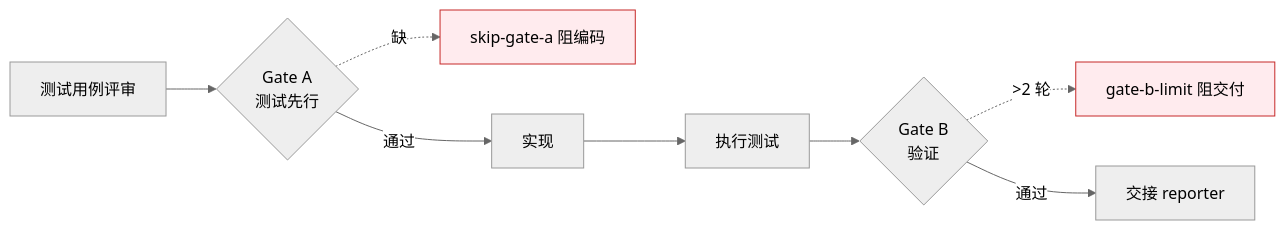
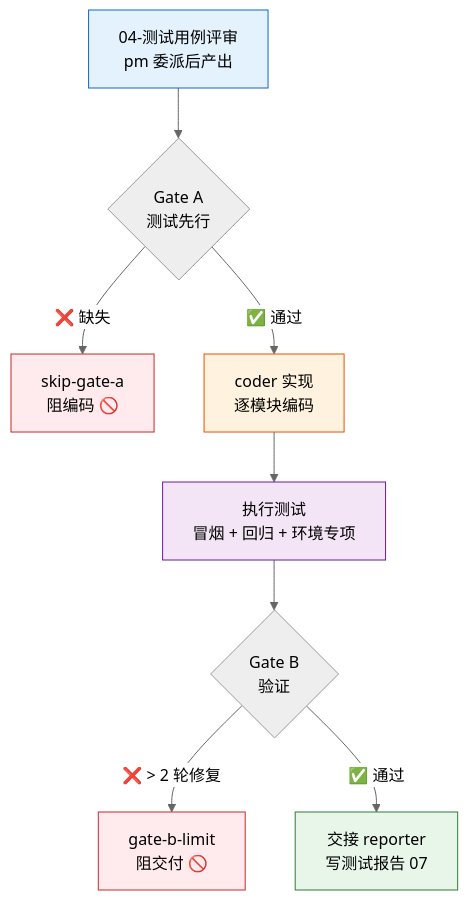
One commit to effiy/YrY changed the first of 7 diagrams in agents/tester.md. Above: the diagram before and after it, drawn with Mermaid (neutral theme). The commit also changed other lines of this file and 18 other files, not shown here.

````diff
--- a/agents/tester.md
+++ b/agents/tester.md
@@ -20,10 +16,16 @@
 ```mermaid
-flowchart LR
-    Doc[测试用例评审] --> GA{Gate A<br/>测试先行}
-    GA -.缺.-> X1[skip-gate-a 阻编码]:::block
-    GA -->|通过| Code[实现]
-    Code --> Run[执行测试] --> GB{Gate B<br/>验证}
-    GB -.>2 轮.-> X2[gate-b-limit 阻交付]:::block
-    GB -->|通过| Done[交接 reporter]
+flowchart TB
+    DOC["04-测试用例评审<br/>pm 委派后产出"]:::doc --> GA{"Gate A<br/>测试先行"}
+    GA -->|"❌ 缺失"| X1["skip-gate-a<br/>阻编码 🚫"]:::block
+    GA -->|"✅ 通过"| CODE["coder 实现<br/>逐模块编码"]:::impl
+    CODE --> RUN["执行测试<br/>冒烟 + 回归 + 环境专项"]:::run
+    RUN --> GB{"Gate B<br/>验证"}
+    GB -->|"❌ > 2 轮修复"| X2["gate-b-limit<br/>阻交付 🚫"]:::block
+    GB -->|"✅ 通过"| DONE["交接 reporter<br/>写测试报告 07"]:::done
+
+    classDef doc fill:#e3f2fd,stroke:#1565c0;
     classDef block fill:#ffebee,stroke:#c62828;
+    classDef impl fill:#fff3e0,stroke:#e65100;
+    classDef run fill:#f3e5f5,stroke:#6a1b9a;
+    classDef done fill:#e8f5e9,stroke:#2e7d32;
 ```
````
